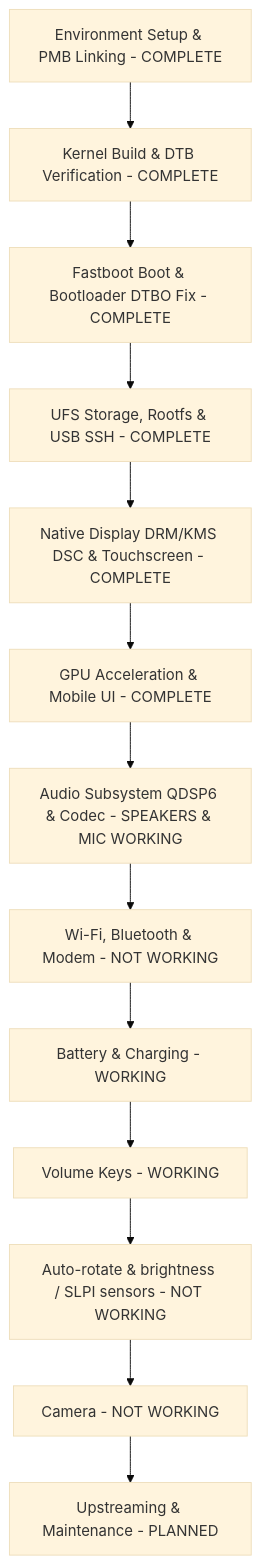
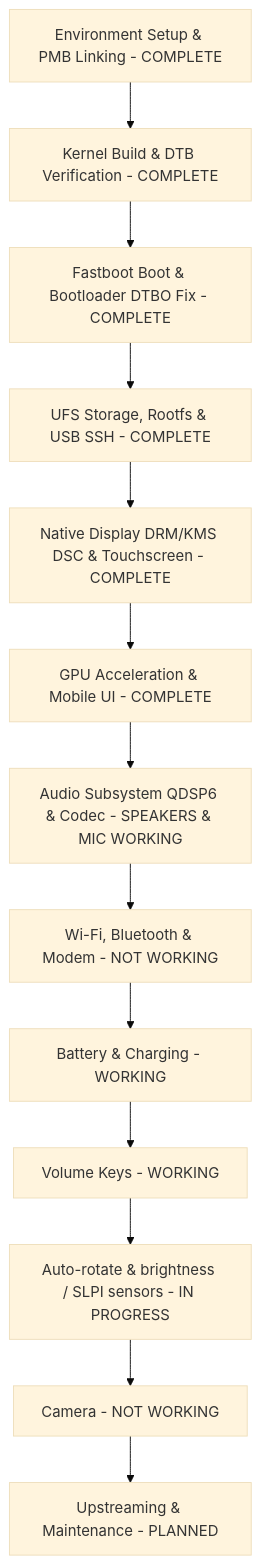
One commit to emilyastranova/guacamole_nura changed the diagram in docs/PLAN.md. Above: the diagram before and after it, drawn with Mermaid (base theme). The commit also changed other lines of this file and 29 other files, not shown here.

First line of the commit message:
feat(sensors): bring up the SLPI sensor DSP for auto-rotate

````diff
--- a/docs/PLAN.md
+++ b/docs/PLAN.md
@@ -26,15 +26,15 @@
 ```mermaid
 flowchart TD
     A[Environment Setup & PMB Linking - COMPLETE] --> B[Kernel Build & DTB Verification - COMPLETE]
     B --> C[Fastboot Boot & Bootloader DTBO Fix - COMPLETE]
     C --> D[UFS Storage, Rootfs & USB SSH - COMPLETE]
     D --> E[Native Display DRM/KMS DSC & Touchscreen - COMPLETE]
     E --> F[GPU Acceleration & Mobile UI - COMPLETE]
     F --> H[Audio Subsystem QDSP6 & Codec - SPEAKERS & MIC WORKING]
     H --> I[Wi-Fi, Bluetooth & Modem - NOT WORKING]
     I --> J[Battery & Charging - WORKING]
     J --> L[Volume Keys - WORKING]
-    L --> M[Auto-rotate & brightness / SLPI sensors - NOT WORKING]
+    L --> M[Auto-rotate & brightness / SLPI sensors - IN PROGRESS]
     M --> N[Camera - NOT WORKING]
     N --> K[Upstreaming & Maintenance - PLANNED]
 ```
````
